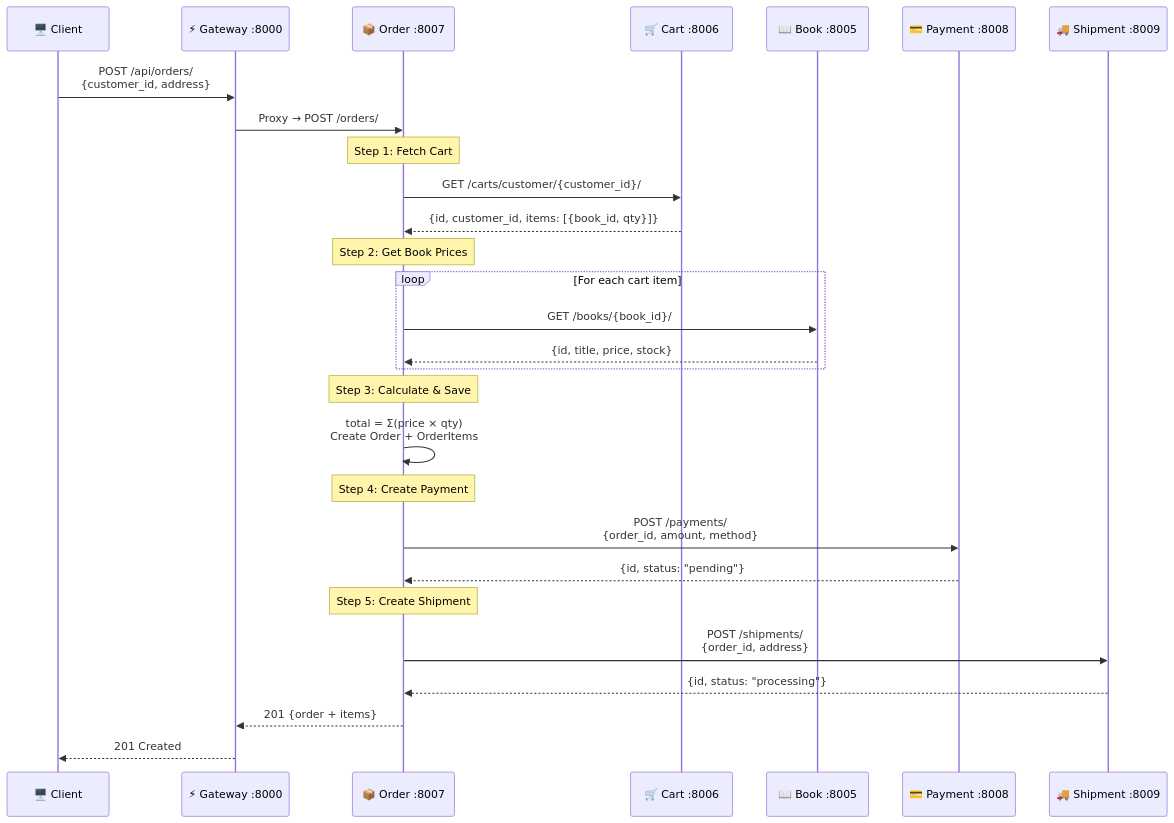
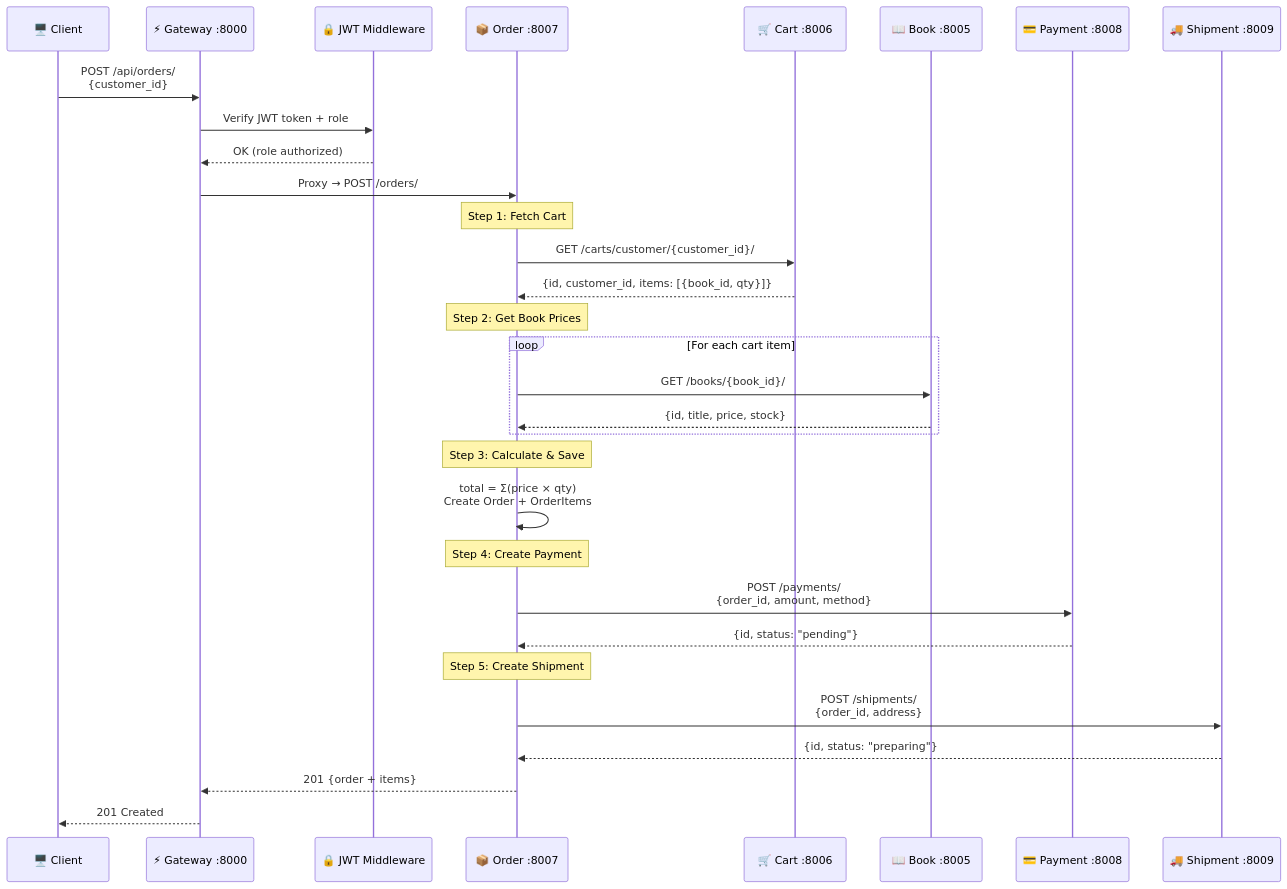
Before and after one commit to tuantm204/Bookstore: the fifth of 7 diagrams in ARCHITECTURE_DIAGRAM.md, drawn with Mermaid. The commit also changed other lines of this file and 43 other files, not shown here.

````diff
--- a/ARCHITECTURE_DIAGRAM.md
+++ b/ARCHITECTURE_DIAGRAM.md
@@ -182,37 +238,40 @@
 ```mermaid
 sequenceDiagram
     participant C as 🖥️ Client
     participant GW as ⚡ Gateway :8000
+    participant MW as 🔒 JWT Middleware
     participant OS as 📦 Order :8007
     participant CRS as 🛒 Cart :8006
     participant BS as 📖 Book :8005
     participant PS as 💳 Payment :8008
     participant SHS as 🚚 Shipment :8009
 
-    C->>GW: POST /api/orders/<br/>{customer_id, address}
+    C->>GW: POST /api/orders/<br/>{customer_id}
+    GW->>MW: Verify JWT token + role
+    MW-->>GW: OK (role authorized)
     GW->>OS: Proxy → POST /orders/
 
     Note over OS: Step 1: Fetch Cart
     OS->>CRS: GET /carts/customer/{customer_id}/
     CRS-->>OS: {id, customer_id, items: [{book_id, qty}]}
 
     Note over OS: Step 2: Get Book Prices
     loop For each cart item
         OS->>BS: GET /books/{book_id}/
         BS-->>OS: {id, title, price, stock}
     end
 
     Note over OS: Step 3: Calculate & Save
     OS->>OS: total = Σ(price × qty)<br/>Create Order + OrderItems
 
     Note over OS: Step 4: Create Payment
     OS->>PS: POST /payments/<br/>{order_id, amount, method}
     PS-->>OS: {id, status: "pending"}
 
     Note over OS: Step 5: Create Shipment
     OS->>SHS: POST /shipments/<br/>{order_id, address}
-    SHS-->>OS: {id, status: "processing"}
+    SHS-->>OS: {id, status: "preparing"}
 
     OS-->>GW: 201 {order + items}
     GW-->>C: 201 Created
 ```
````
